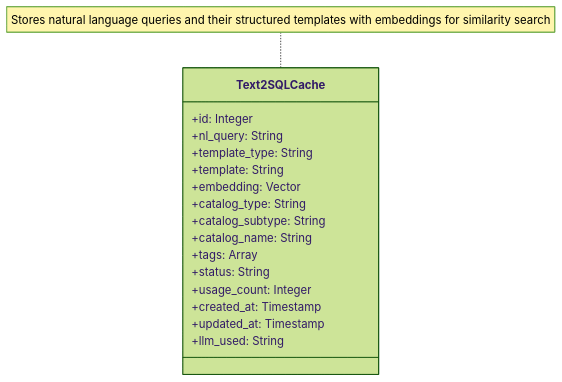
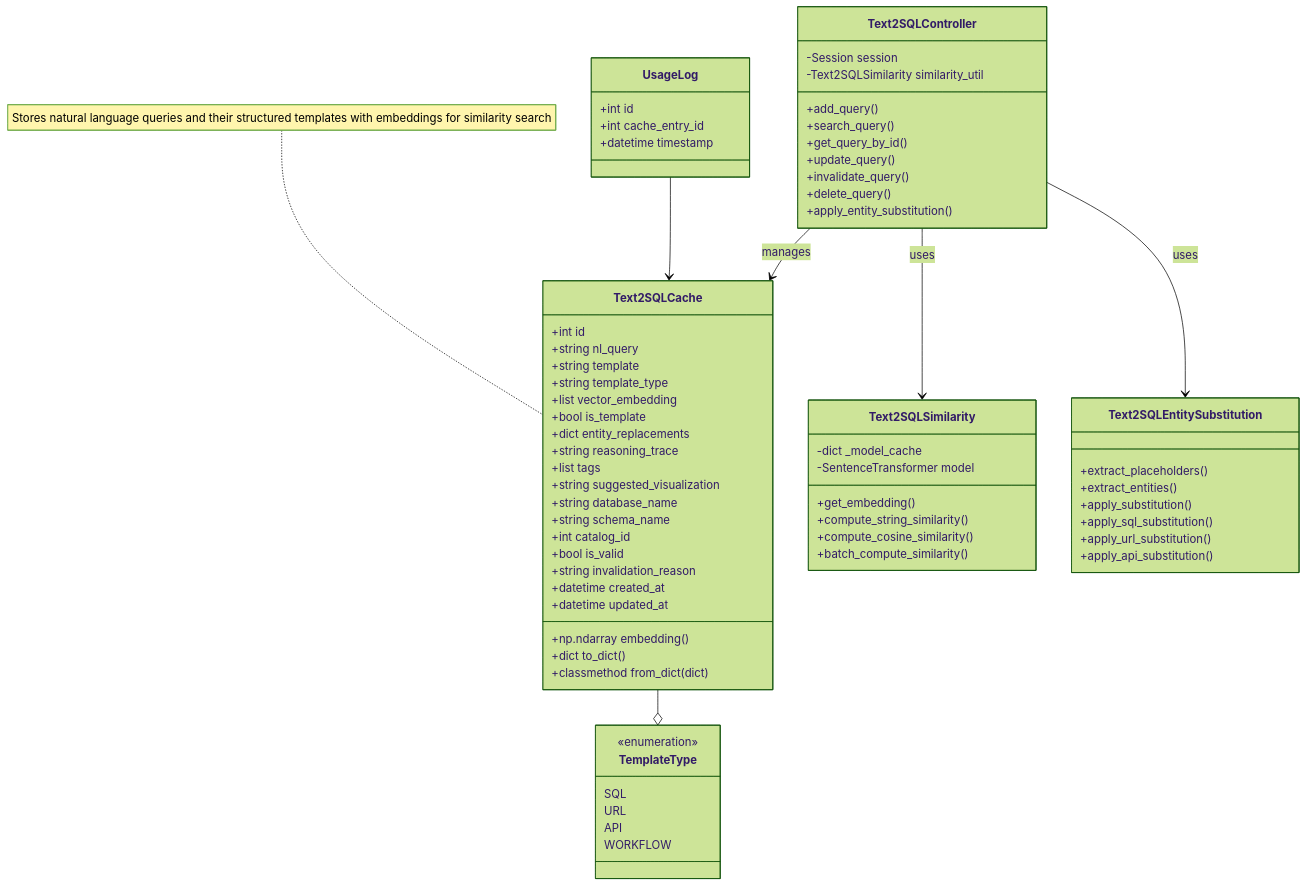
One commit to rnednur/nl_cache_framework changed the first of 3 diagrams in README.md. Above: the diagram before and after it, drawn with Mermaid (forest theme). The commit also changed other lines of this file, not shown here.

Commit message:
Update README with detailed data model and framework architecture diagrams from nl_cache_data_model.md and nl_cache_framework_diagram.md

````diff
--- a/README.md
+++ b/README.md
@@ -13,20 +13,76 @@
 ```mermaid
 classDiagram
     class Text2SQLCache {
-        +id: Integer
-        +nl_query: String
-        +template_type: String
-        +template: String
-        +embedding: Vector
-        +catalog_type: String
-        +catalog_subtype: String
-        +catalog_name: String
-        +tags: Array
-        +status: String
-        +usage_count: Integer
-        +created_at: Timestamp
-        +updated_at: Timestamp
-        +llm_used: String
+        +int id
+        +string nl_query
+        +string template
+        +string template_type
+        +list vector_embedding
+        +bool is_template
+        +dict entity_replacements
+        +string reasoning_trace
+        +list tags
+        +string suggested_visualization
+        +string database_name
+        +string schema_name
+        +int catalog_id
+        +bool is_valid
+        +string invalidation_reason
+        +datetime created_at
+        +datetime updated_at
+        +np.ndarray embedding()
+        +dict to_dict()
+        +classmethod from_dict(dict)
     }
+    
+    class UsageLog {
+        +int id
+        +int cache_entry_id
+        +datetime timestamp
+    }
+    
+    class TemplateType {
+        <<enumeration>>
+        SQL
+        URL
+        API
+        WORKFLOW
+    }
+    
+    class Text2SQLController {
+        -Session session
+        -Text2SQLSimilarity similarity_util
+        +add_query()
+        +search_query()
+        +get_query_by_id()
+        +update_query()
+        +invalidate_query()
+        +delete_query()
+        +apply_entity_substitution()
+    }
+    
+    class Text2SQLSimilarity {
+        -dict _model_cache
+        -SentenceTransformer model
+        +get_embedding()
+        +compute_string_similarity()
+        +compute_cosine_similarity()
+        +batch_compute_similarity()
+    }
+    
+    class Text2SQLEntitySubstitution {
+        +extract_placeholders()
+        +extract_entities()
+        +apply_substitution()
+        +apply_sql_substitution()
+        +apply_url_substitution()
+        +apply_api_substitution()
+    }
+    
+    Text2SQLCache --o TemplateType
+    UsageLog --> Text2SQLCache
+    Text2SQLController --> Text2SQLCache : manages
+    Text2SQLController --> Text2SQLSimilarity : uses
+    Text2SQLController --> Text2SQLEntitySubstitution : uses
     note for Text2SQLCache "Stores natural language queries and their structured templates with embeddings for similarity search"
 ```
````
